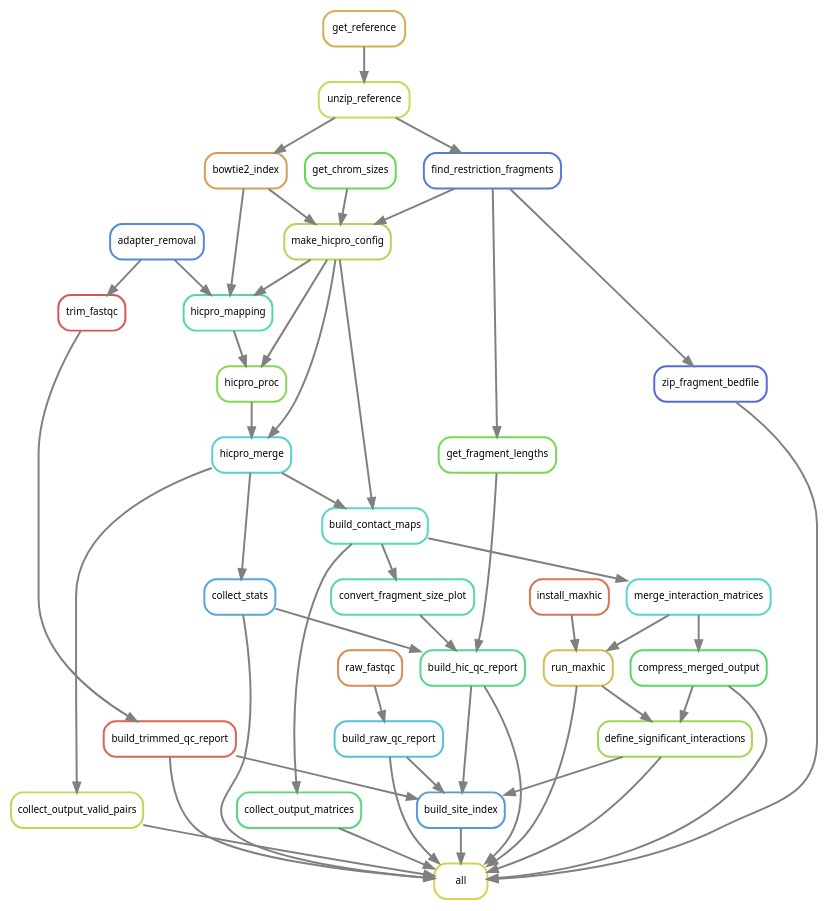
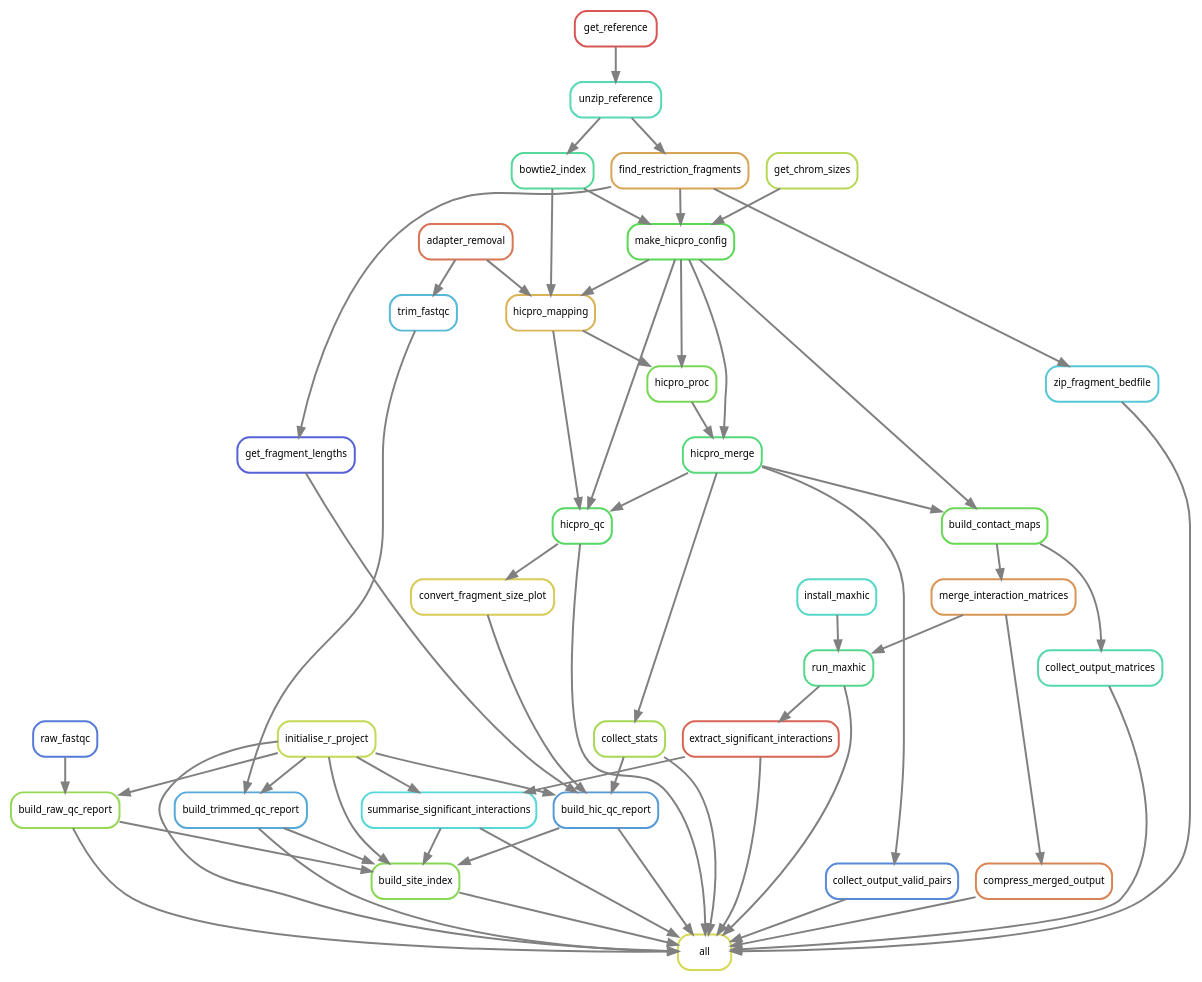
One commit to smped/snakemake_hic changed the diagram in rules/rulegraph.dot. Above: the diagram before and after it, drawn with Graphviz. The commit also changed 6 other files, not shown here.

```diff
--- a/rules/rulegraph.dot
+++ b/rules/rulegraph.dot
@@ -1,82 +1,96 @@
 digraph snakemake_dag {
     graph[bgcolor=white, margin=0];
     node[shape=box, style=rounded, fontname=sans,                 fontsize=10, penwidth=2];
     edge[penwidth=2, color=grey];
-	0[label = "all", color = "0.16 0.6 0.85", style="rounded"];
-	1[label = "zip_fragment_bedfile", color = "0.64 0.6 0.85", style="rounded"];
-	2[label = "find_restriction_fragments", color = "0.62 0.6 0.85", style="rounded"];
-	3[label = "unzip_reference", color = "0.18 0.6 0.85", style="rounded"];
-	4[label = "get_reference", color = "0.11 0.6 0.85", style="rounded"];
-	5[label = "compress_merged_output", color = "0.36 0.6 0.85", style="rounded"];
-	6[label = "merge_interaction_matrices", color = "0.49 0.6 0.85", style="rounded"];
-	7[label = "build_contact_maps", color = "0.47 0.6 0.85", style="rounded"];
-	8[label = "make_hicpro_config", color = "0.22 0.6 0.85", style="rounded"];
-	9[label = "bowtie2_index", color = "0.09 0.6 0.85", style="rounded"];
-	10[label = "get_chrom_sizes", color = "0.31 0.6 0.85", style="rounded"];
-	11[label = "hicpro_merge", color = "0.51 0.6 0.85", style="rounded"];
-	12[label = "hicpro_proc", color = "0.27 0.6 0.85", style="rounded"];
-	13[label = "hicpro_mapping", color = "0.42 0.6 0.85", style="rounded"];
-	14[label = "adapter_removal", color = "0.60 0.6 0.85", style="rounded"];
-	15[label = "collect_output_valid_pairs", color = "0.20 0.6 0.85", style="rounded"];
-	16[label = "collect_output_matrices", color = "0.38 0.6 0.85", style="rounded"];
-	17[label = "collect_stats", color = "0.56 0.6 0.85", style="rounded"];
-	18[label = "run_maxhic", color = "0.13 0.6 0.85", style="rounded"];
-	19[label = "install_maxhic", color = "0.04 0.6 0.85", style="rounded"];
-	20[label = "build_site_index", color = "0.58 0.6 0.85", style="rounded"];
-	21[label = "build_raw_qc_report", color = "0.53 0.6 0.85", style="rounded"];
-	22[label = "raw_fastqc", color = "0.07 0.6 0.85", style="rounded"];
-	23[label = "build_trimmed_qc_report", color = "0.02 0.6 0.85", style="rounded"];
-	24[label = "trim_fastqc", color = "0.00 0.6 0.85", style="rounded"];
-	25[label = "build_hic_qc_report", color = "0.40 0.6 0.85", style="rounded"];
-	26[label = "get_fragment_lengths", color = "0.29 0.6 0.85", style="rounded"];
-	27[label = "convert_fragment_size_plot", color = "0.44 0.6 0.85", style="rounded"];
-	28[label = "define_significant_interactions", color = "0.24 0.6 0.85", style="rounded"];
+	0[label = "all", color = "0.17 0.6 0.85", style="rounded"];
+	1[label = "zip_fragment_bedfile", color = "0.52 0.6 0.85", style="rounded"];
+	2[label = "find_restriction_fragments", color = "0.10 0.6 0.85", style="rounded"];
+	3[label = "unzip_reference", color = "0.46 0.6 0.85", style="rounded"];
+	4[label = "get_reference", color = "0.00 0.6 0.85", style="rounded"];
+	5[label = "compress_merged_output", color = "0.06 0.6 0.85", style="rounded"];
+	6[label = "merge_interaction_matrices", color = "0.08 0.6 0.85", style="rounded"];
+	7[label = "build_contact_maps", color = "0.31 0.6 0.85", style="rounded"];
+	8[label = "make_hicpro_config", color = "0.33 0.6 0.85", style="rounded"];
+	9[label = "bowtie2_index", color = "0.42 0.6 0.85", style="rounded"];
+	10[label = "get_chrom_sizes", color = "0.21 0.6 0.85", style="rounded"];
+	11[label = "hicpro_merge", color = "0.38 0.6 0.85", style="rounded"];
+	12[label = "hicpro_proc", color = "0.29 0.6 0.85", style="rounded"];
+	13[label = "hicpro_mapping", color = "0.12 0.6 0.85", style="rounded"];
+	14[label = "adapter_removal", color = "0.04 0.6 0.85", style="rounded"];
+	15[label = "collect_output_valid_pairs", color = "0.60 0.6 0.85", style="rounded"];
+	16[label = "collect_output_matrices", color = "0.44 0.6 0.85", style="rounded"];
+	17[label = "collect_stats", color = "0.23 0.6 0.85", style="rounded"];
+	18[label = "hicpro_qc", color = "0.35 0.6 0.85", style="rounded"];
+	19[label = "run_maxhic", color = "0.40 0.6 0.85", style="rounded"];
+	20[label = "install_maxhic", color = "0.48 0.6 0.85", style="rounded"];
+	21[label = "extract_significant_interactions", color = "0.02 0.6 0.85", style="rounded"];
+	22[label = "initialise_r_project", color = "0.19 0.6 0.85", style="rounded"];
+	23[label = "build_site_index", color = "0.27 0.6 0.85", style="rounded"];
+	24[label = "build_raw_qc_report", color = "0.25 0.6 0.85", style="rounded"];
+	25[label = "raw_fastqc", color = "0.62 0.6 0.85", style="rounded"];
+	26[label = "build_trimmed_qc_report", color = "0.56 0.6 0.85", style="rounded"];
+	27[label = "trim_fastqc", color = "0.54 0.6 0.85", style="rounded"];
+	28[label = "build_hic_qc_report", color = "0.58 0.6 0.85", style="rounded"];
+	29[label = "get_fragment_lengths", color = "0.65 0.6 0.85", style="rounded"];
+	30[label = "convert_fragment_size_plot", color = "0.15 0.6 0.85", style="rounded"];
+	31[label = "summarise_significant_interactions", color = "0.50 0.6 0.85", style="rounded"];
+	18 -> 0
+	21 -> 0
+	22 -> 0
+	5 -> 0
+	31 -> 0
+	17 -> 0
+	1 -> 0
+	19 -> 0
+	26 -> 0
+	24 -> 0
+	28 -> 0
+	16 -> 0
+	15 -> 0
 	23 -> 0
-	21 -> 0
-	5 -> 0
-	15 -> 0
-	17 -> 0
-	16 -> 0
-	20 -> 0
-	25 -> 0
-	28 -> 0
-	18 -> 0
-	1 -> 0
 	2 -> 1
 	3 -> 2
 	4 -> 3
 	6 -> 5
 	7 -> 6
 	11 -> 7
 	8 -> 7
 	10 -> 8
+	9 -> 8
 	2 -> 8
-	9 -> 8
 	3 -> 9
+	12 -> 11
 	8 -> 11
-	12 -> 11
 	13 -> 12
 	8 -> 12
 	9 -> 13
 	8 -> 13
 	14 -> 13
 	11 -> 15
 	7 -> 16
 	11 -> 17
-	6 -> 18
-	19 -> 18
-	23 -> 20
-	28 -> 20
-	25 -> 20
-	21 -> 20
-	22 -> 21
+	11 -> 18
+	13 -> 18
+	8 -> 18
+	20 -> 19
+	6 -> 19
+	19 -> 21
+	22 -> 23
+	31 -> 23
+	26 -> 23
 	24 -> 23
-	14 -> 24
-	17 -> 25
-	27 -> 25
-	26 -> 25
-	2 -> 26
-	7 -> 27
-	18 -> 28
-	5 -> 28
+	28 -> 23
+	25 -> 24
+	22 -> 24
+	27 -> 26
+	22 -> 26
+	14 -> 27
+	30 -> 28
+	17 -> 28
+	22 -> 28
+	29 -> 28
+	2 -> 29
+	18 -> 30
+	21 -> 31
+	22 -> 31
 }            
```
